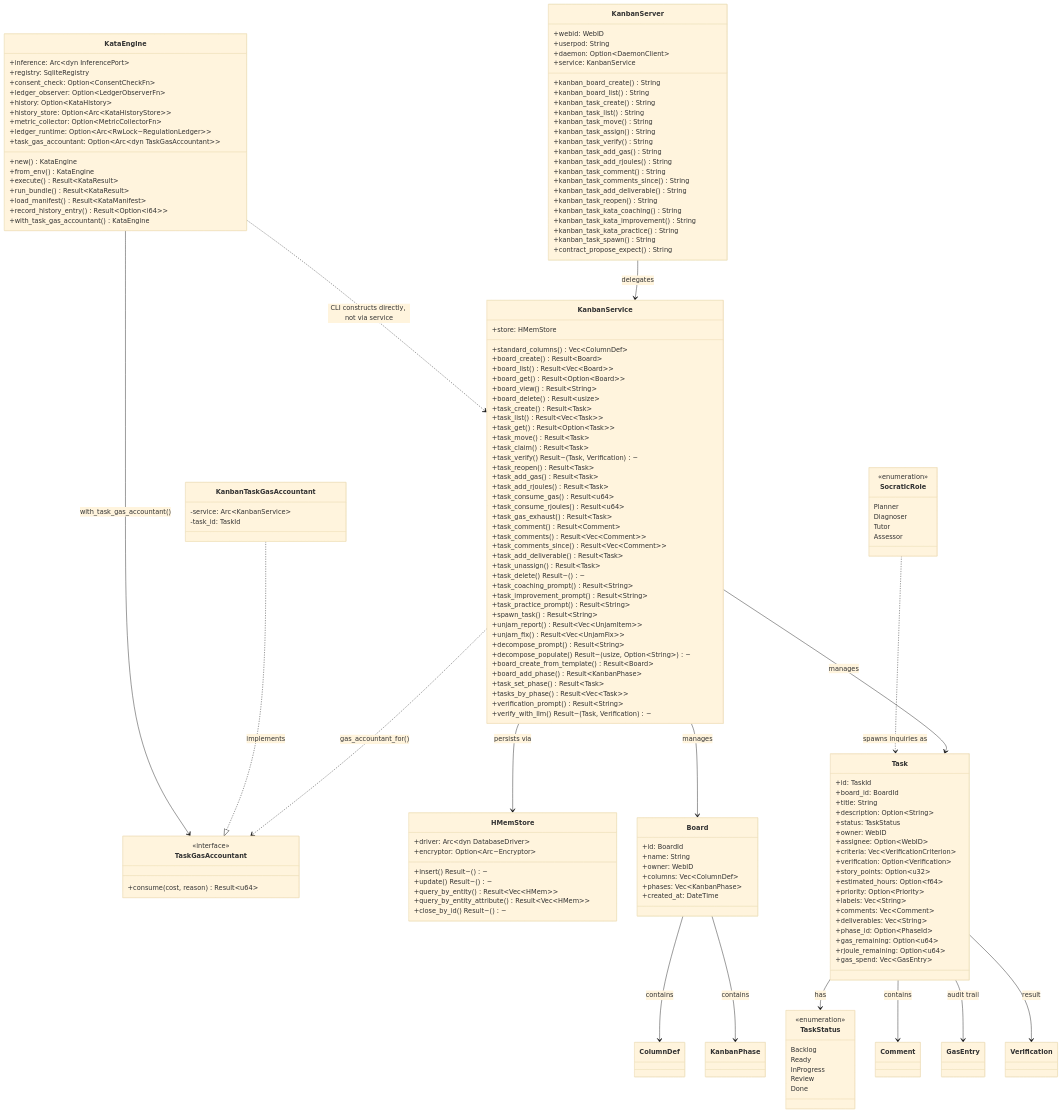
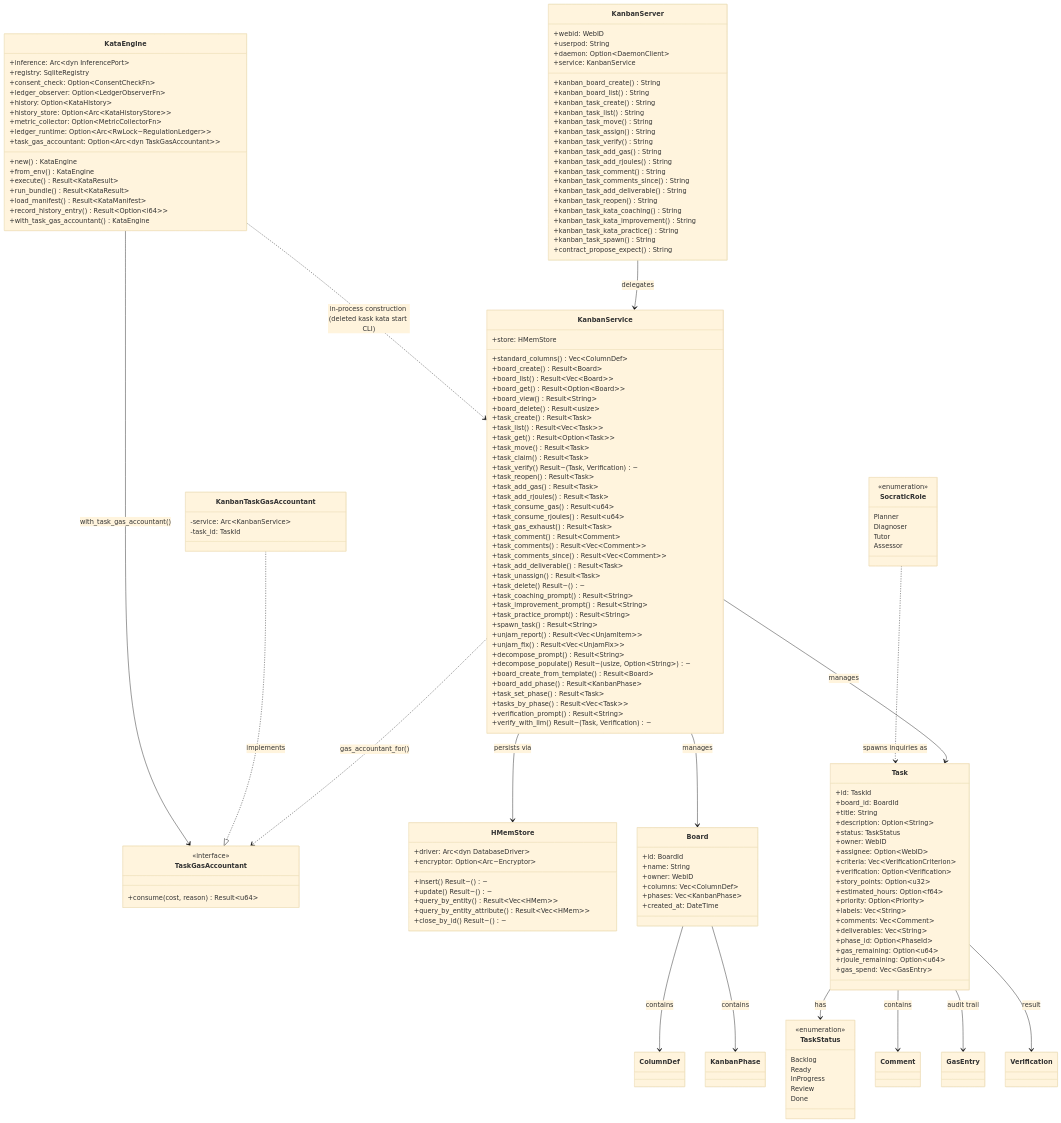
Before and after one commit to mdz-axo/zed-kask: the diagram in kask/docs/reference/mcp-servers/README.md, drawn with Mermaid (base theme). The commit also changed other lines of this file and 24 other files, not shown here.

```diff
--- a/kask/docs/reference/mcp-servers/README.md
+++ b/kask/docs/reference/mcp-servers/README.md
@@ -226,7 +249,7 @@
     KanbanService ..> TaskGasAccountant : gas_accountant_for()
     KanbanTaskGasAccountant ..|> TaskGasAccountant : implements
     KataEngine --> TaskGasAccountant : with_task_gas_accountant()
-    KataEngine ..> KanbanService : CLI constructs directly, not via service
+    KataEngine ..> KanbanService : in-process construction (deleted kask kata start CLI)
     Board --> ColumnDef : contains
     Board --> KanbanPhase : contains
     Task --> TaskStatus : has
```
